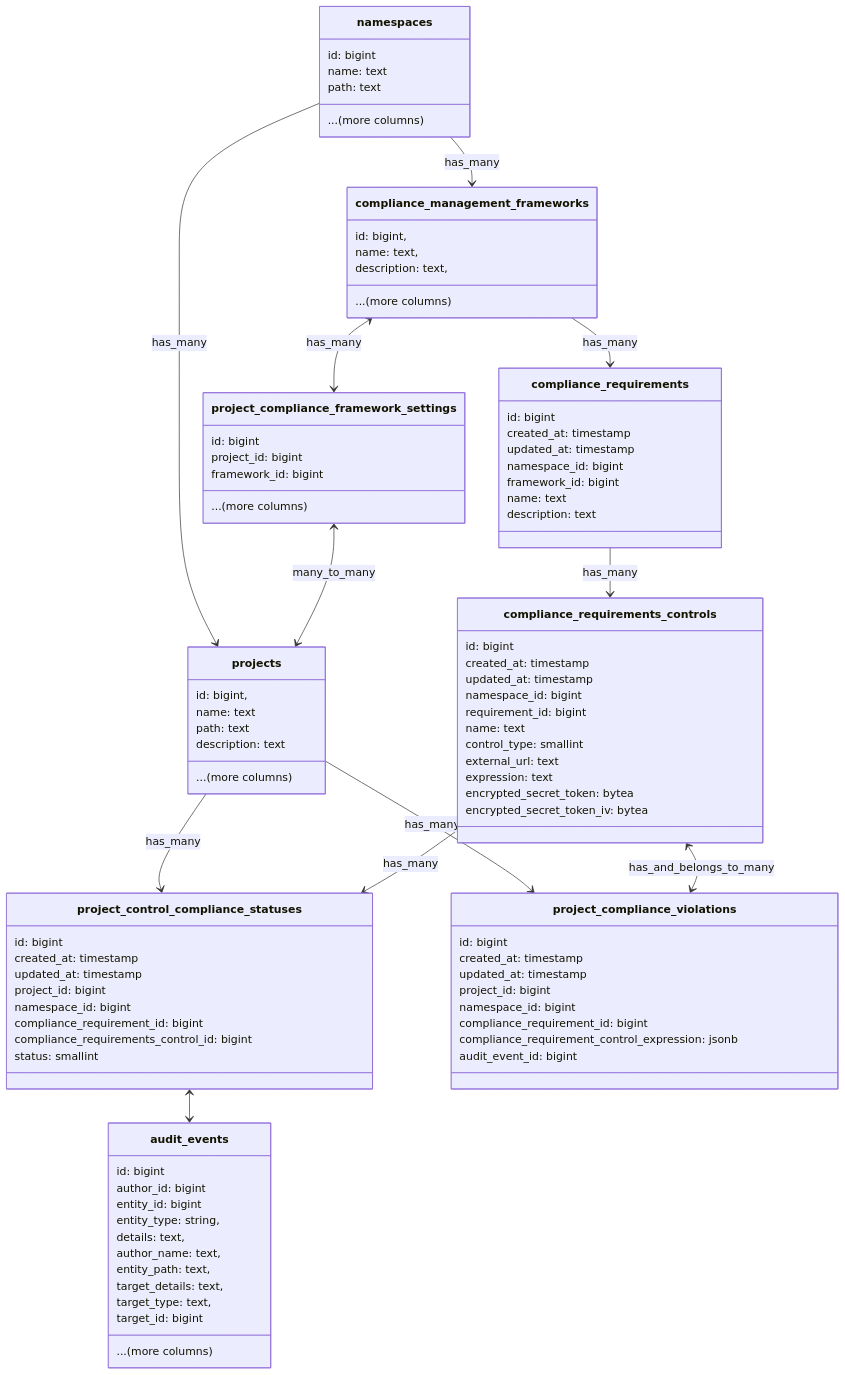
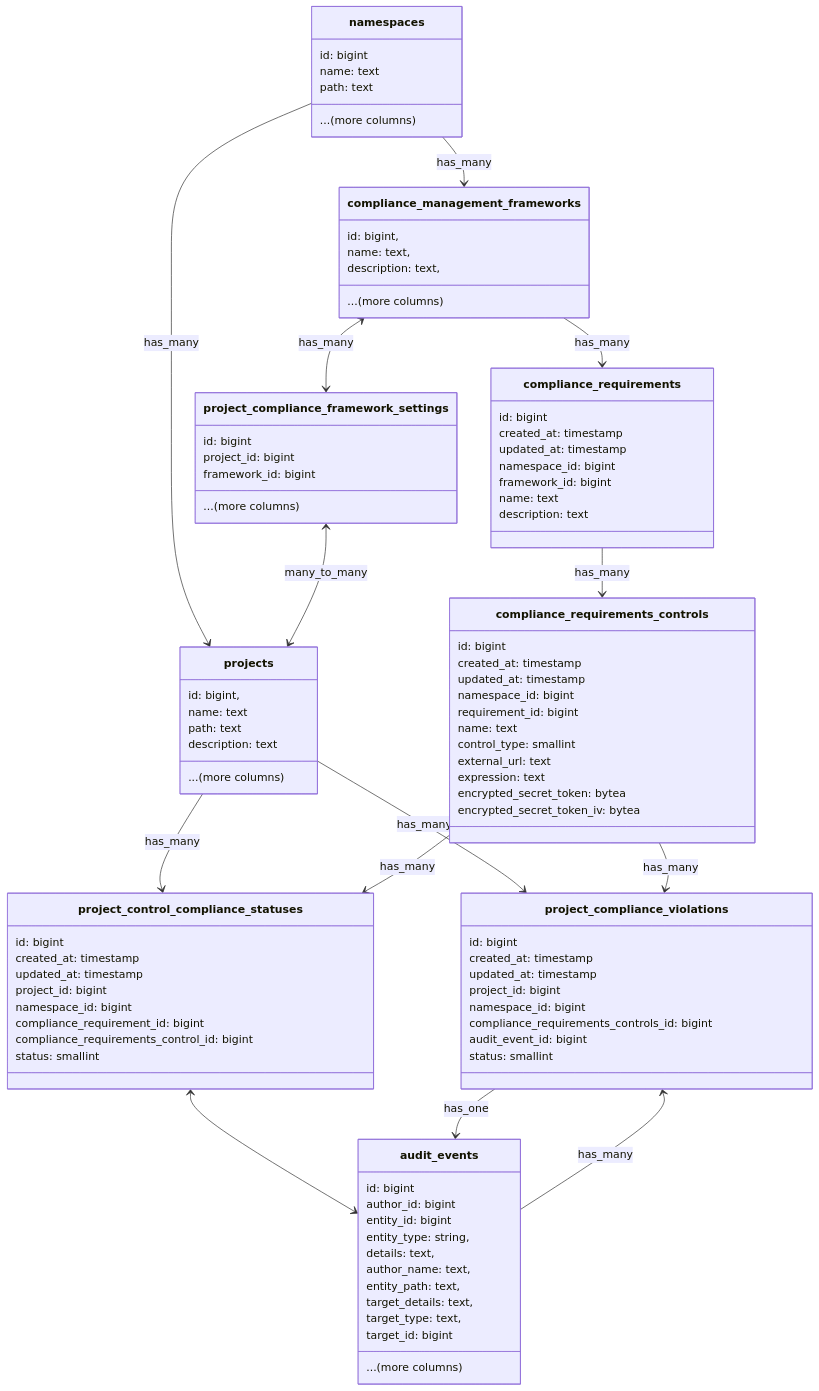
The first of 4 diagrams in content/handbook/engineering/architecture/design-documents/compliance-frameworks/_index.md (zalyoung/gitlab-handbook), drawn with Mermaid before and after one commit. The commit also changed 1 other file, not shown here.

Commit message:
Update ADR 005 to include controls that can't be linked to audit events

````diff
--- a/content/handbook/engineering/architecture/design-documents/compliance-frameworks/_index.md
+++ b/content/handbook/engineering/architecture/design-documents/compliance-frameworks/_index.md
@@ -377,9 +377,9 @@
         updated_at: timestamp
         project_id: bigint
         namespace_id: bigint
-        compliance_requirement_id: bigint
-        compliance_requirement_control_expression: jsonb
+        compliance_requirements_controls_id: bigint
         audit_event_id: bigint
+        status: smallint
     }
 
     class audit_events {
@@ -407,5 +407,7 @@
     compliance_requirements_controls --> project_control_compliance_statuses : has_many
     compliance_requirements --> compliance_requirements_controls : has_many
     project_control_compliance_statuses <--> audit_events
-    compliance_requirements_controls <--> project_compliance_violations : has_and_belongs_to_many
+    compliance_requirements_controls --> project_compliance_violations : has_many
+    project_compliance_violations --> audit_events : has_one
+    project_compliance_violations <-- audit_events : has_many
 ```
````
